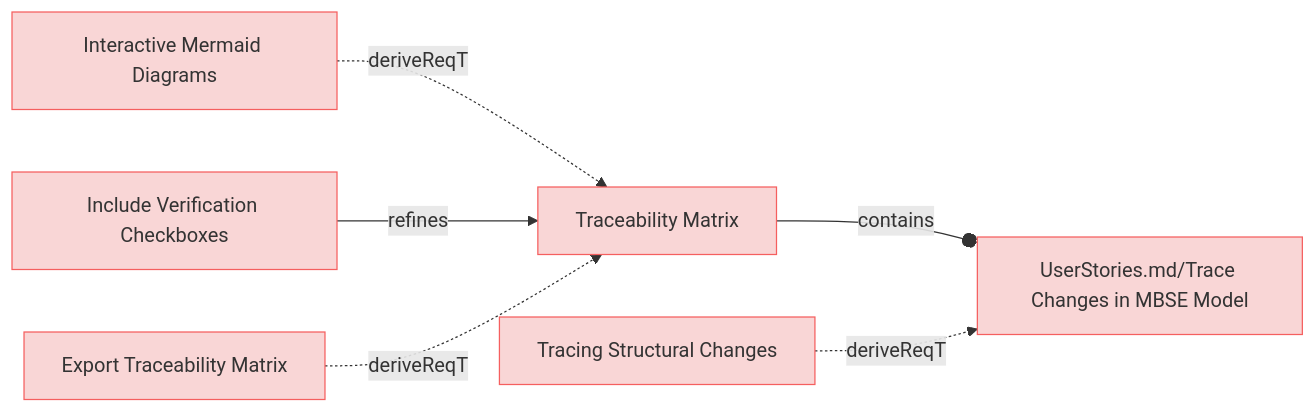
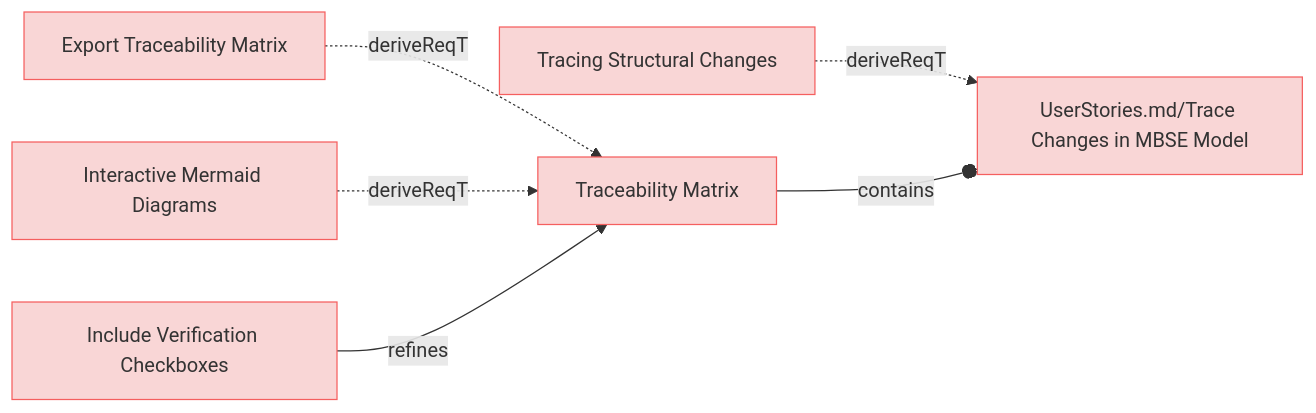
The sixth of 9 diagrams in specifications/UserRequirements.md (reqvire-org/reqvire), drawn with Mermaid before and after one commit. The commit also changed other lines of this file and 17 other files, not shown here.

Commit message:
Auto-generate diagrams after PR merge to main

````diff
--- a/specifications/UserRequirements.md
+++ b/specifications/UserRequirements.md
@@ -447,32 +447,32 @@
 ```mermaid
 graph LR;
   %% Graph styling
   classDef requirement fill:#f9d6d6,stroke:#f55f5f,stroke-width:1px;
   classDef verification fill:#d6f9d6,stroke:#5fd75f,stroke-width:1px;
   classDef externalLink fill:#d0e0ff,stroke:#3080ff,stroke-width:1px;
   classDef default fill:#f5f5f5,stroke:#333333,stroke-width:1px;
 
-  e867499409ae347a["Interactive Mermaid Diagrams"];
-  click e867499409ae347a "https://github.com/ilijaljubicic/ReqFlow/blob/29a17f176519a28e973567d4102beb95f41075ed/specifications/UserRequirements.md#interactive-mermaid-diagrams";
-  class e867499409ae347a requirement;
-  ba40352f8e72c125["Traceability Matrix"];
-  class ba40352f8e72c125 requirement;
-  click ba40352f8e72c125 "https://github.com/ilijaljubicic/ReqFlow/blob/29a17f176519a28e973567d4102beb95f41075ed/specifications/UserRequirements.md#traceability-matrix";
-  e867499409ae347a -.->|deriveReqT| ba40352f8e72c125;
-  273dcdad7a4c7b9a["Include Verification Checkboxes"];
-  click 273dcdad7a4c7b9a "https://github.com/ilijaljubicic/ReqFlow/blob/29a17f176519a28e973567d4102beb95f41075ed/specifications/UserRequirements.md#include-verification-checkboxes";
-  class 273dcdad7a4c7b9a requirement;
-  273dcdad7a4c7b9a -->|refines| ba40352f8e72c125;
-  36d8b2eb16113a7f["UserStories.md/Trace Changes in MBSE Model"];
-  class 36d8b2eb16113a7f requirement;
-  click 36d8b2eb16113a7f "https://github.com/ilijaljubicic/ReqFlow/blob/29a17f176519a28e973567d4102beb95f41075ed/specifications/UserStories.md#trace-changes-in-mbse-model";
-  ba40352f8e72c125 --o|contains| 36d8b2eb16113a7f;
-  4b7b4328173caada["Export Traceability Matrix"];
-  click 4b7b4328173caada "https://github.com/ilijaljubicic/ReqFlow/blob/29a17f176519a28e973567d4102beb95f41075ed/specifications/UserRequirements.md#export-traceability-matrix";
-  class 4b7b4328173caada requirement;
-  4b7b4328173caada -.->|deriveReqT| ba40352f8e72c125;
-  91ebf7e73d5ac081["Tracing Structural Changes"];
-  click 91ebf7e73d5ac081 "https://github.com/ilijaljubicic/ReqFlow/blob/29a17f176519a28e973567d4102beb95f41075ed/specifications/UserRequirements.md#tracing-structural-changes";
-  class 91ebf7e73d5ac081 requirement;
-  91ebf7e73d5ac081 -.->|deriveReqT| 36d8b2eb16113a7f;
+  e42698fdbbf344aa["Tracing Structural Changes"];
+  click e42698fdbbf344aa "https://github.com/ilijaljubicic/ReqFlow/blob/73d5ae1d93adea71fdf4cc508be4d1ae09be068f/specifications/UserRequirements.md#tracing-structural-changes";
+  class e42698fdbbf344aa requirement;
+  1e57ec134f31779c["UserStories.md/Trace Changes in MBSE Model"];
+  class 1e57ec134f31779c requirement;
+  click 1e57ec134f31779c "https://github.com/ilijaljubicic/ReqFlow/blob/73d5ae1d93adea71fdf4cc508be4d1ae09be068f/specifications/UserStories.md#trace-changes-in-mbse-model";
+  e42698fdbbf344aa -.->|deriveReqT| 1e57ec134f31779c;
+  a2555e9553031f1c["Export Traceability Matrix"];
+  click a2555e9553031f1c "https://github.com/ilijaljubicic/ReqFlow/blob/73d5ae1d93adea71fdf4cc508be4d1ae09be068f/specifications/UserRequirements.md#export-traceability-matrix";
+  class a2555e9553031f1c requirement;
+  25ad41b0b912092b["Traceability Matrix"];
+  class 25ad41b0b912092b requirement;
+  click 25ad41b0b912092b "https://github.com/ilijaljubicic/ReqFlow/blob/73d5ae1d93adea71fdf4cc508be4d1ae09be068f/specifications/UserRequirements.md#traceability-matrix";
+  a2555e9553031f1c -.->|deriveReqT| 25ad41b0b912092b;
+  27cb448230f8b6b0["Interactive Mermaid Diagrams"];
+  click 27cb448230f8b6b0 "https://github.com/ilijaljubicic/ReqFlow/blob/73d5ae1d93adea71fdf4cc508be4d1ae09be068f/specifications/UserRequirements.md#interactive-mermaid-diagrams";
+  class 27cb448230f8b6b0 requirement;
+  27cb448230f8b6b0 -.->|deriveReqT| 25ad41b0b912092b;
+  2ec6b6707fa20e10["Include Verification Checkboxes"];
+  click 2ec6b6707fa20e10 "https://github.com/ilijaljubicic/ReqFlow/blob/73d5ae1d93adea71fdf4cc508be4d1ae09be068f/specifications/UserRequirements.md#include-verification-checkboxes";
+  class 2ec6b6707fa20e10 requirement;
+  2ec6b6707fa20e10 -->|refines| 25ad41b0b912092b;
+  25ad41b0b912092b --o|contains| 1e57ec134f31779c;
 ```
````
